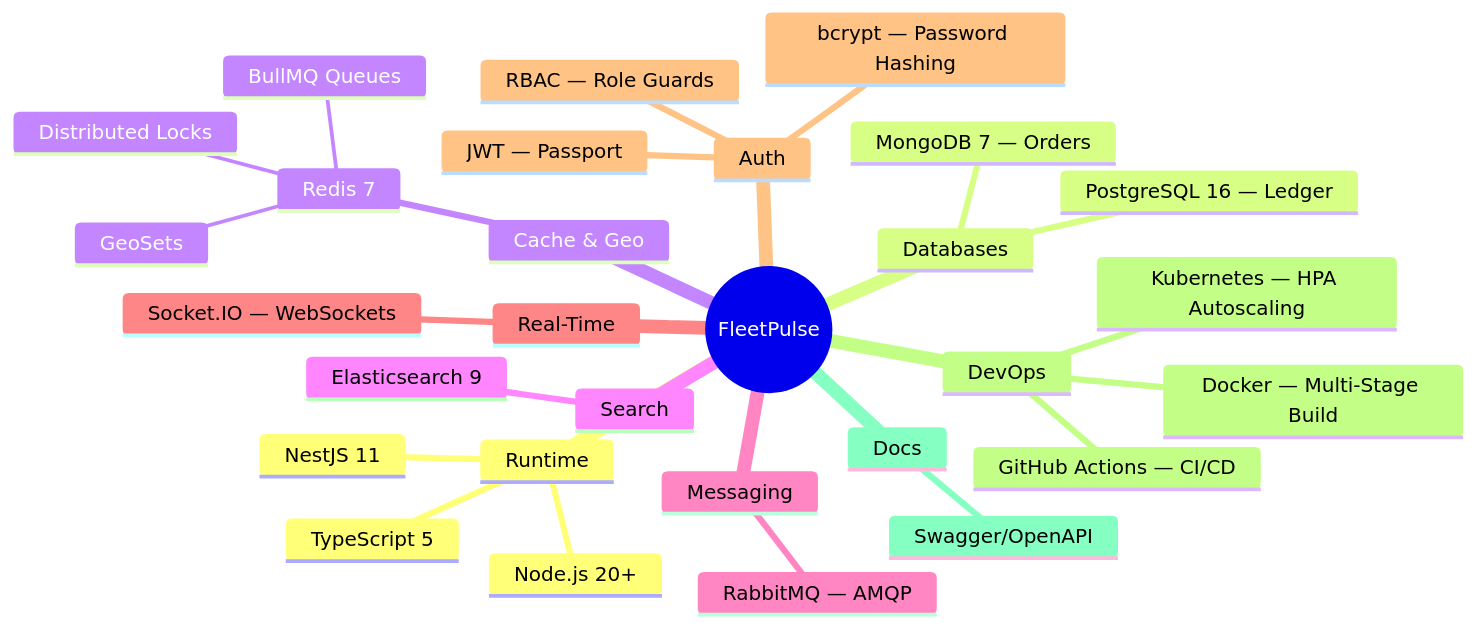
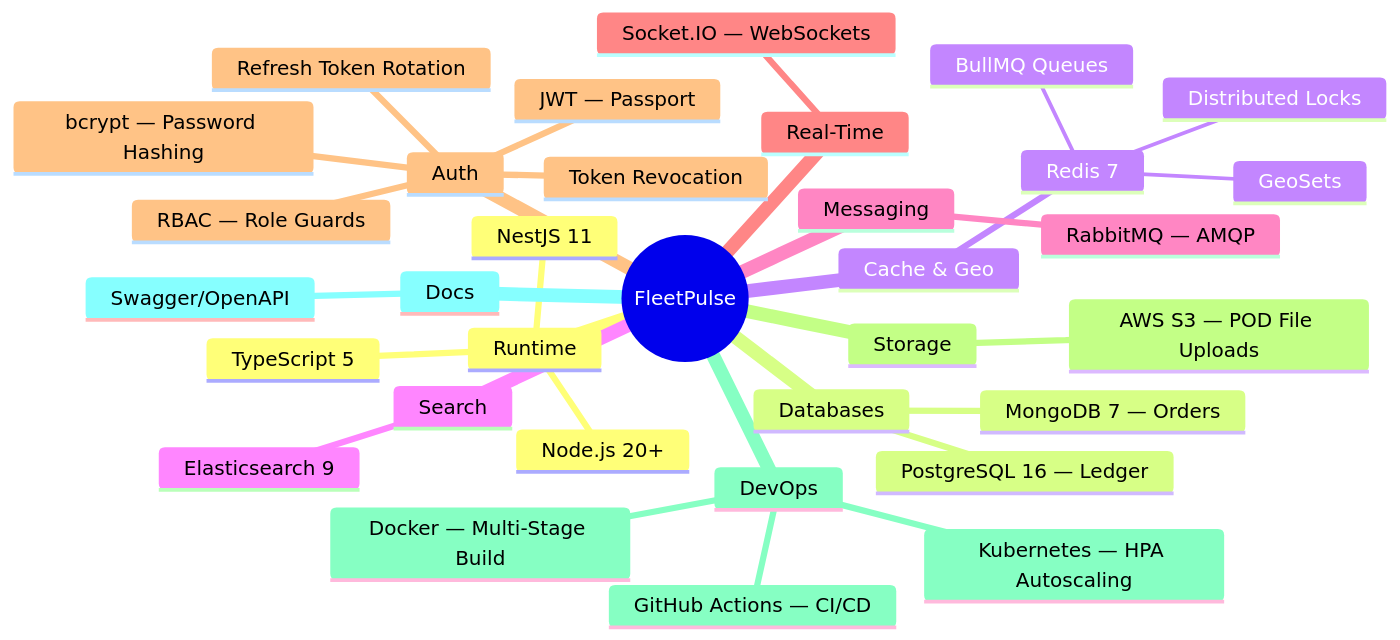
One commit to mo74x/Fleetpulse changed the fifth of 12 diagrams in README.md. Above: the diagram before and after it, drawn with Mermaid. The commit also changed other lines of this file, not shown here.

````diff
--- a/README.md
+++ b/README.md
@@ -214,32 +215,36 @@
 ```mermaid
 mindmap
   root((FleetPulse))
     Runtime
       Node.js 20+
       TypeScript 5
       NestJS 11
     Databases
       MongoDB 7 — Orders
       PostgreSQL 16 — Ledger
     Cache & Geo
       Redis 7
         GeoSets
         Distributed Locks
         BullMQ Queues
     Search
       Elasticsearch 9
     Messaging
       RabbitMQ — AMQP
     Real-Time
       Socket.IO — WebSockets
     Auth
       JWT — Passport
       bcrypt — Password Hashing
       RBAC — Role Guards
+      Refresh Token Rotation
+      Token Revocation
+    Storage
+      AWS S3 — POD File Uploads
     DevOps
       Docker — Multi-Stage Build
       Kubernetes — HPA Autoscaling
       GitHub Actions — CI/CD
     Docs
       Swagger/OpenAPI
 ```
````
